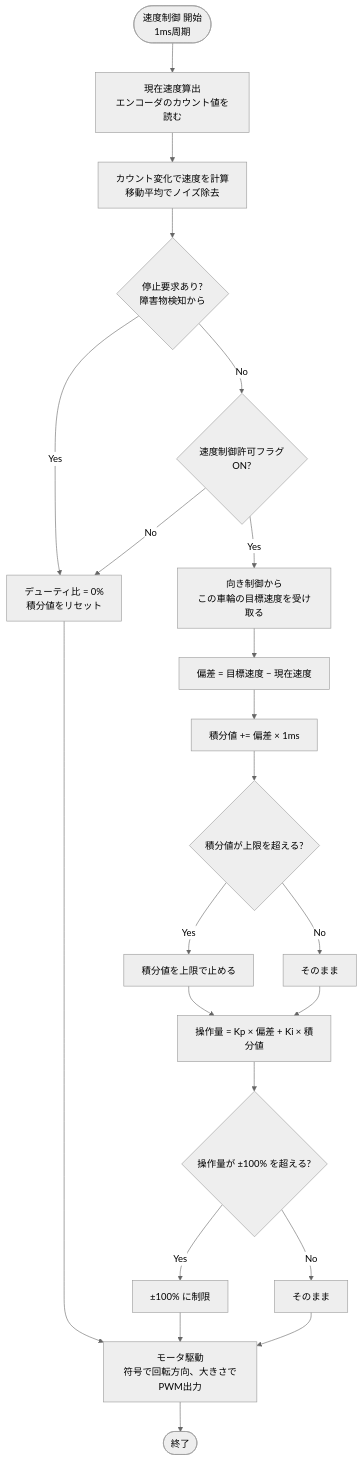
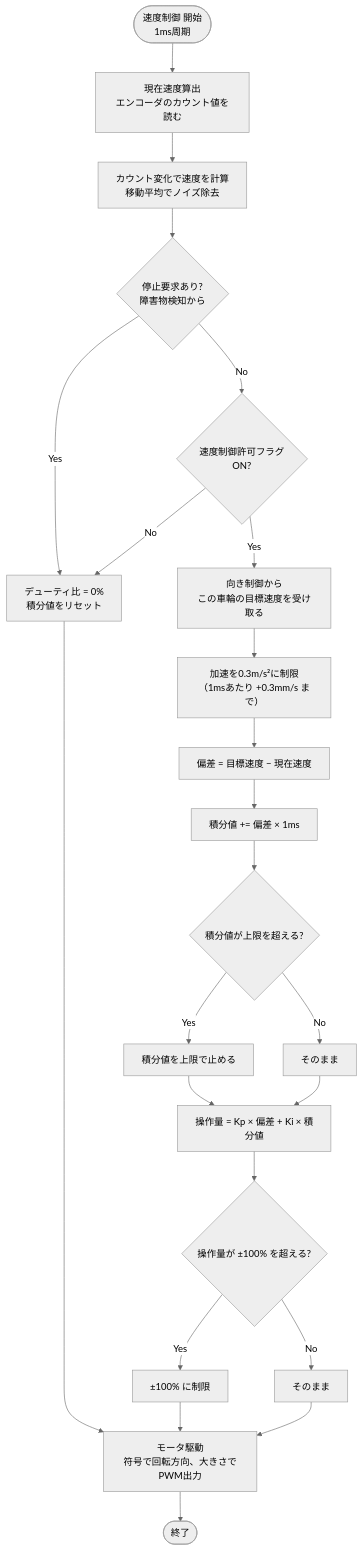
The diagram in docs/module/04_speed_control.md (ry0000taro/Ultrasonic-Tracking-Vehicle), drawn with Mermaid (neutral theme) before and after one commit. The commit also changed other lines of this file and 4 other files, not shown here.

````diff
--- a/docs/module/04_speed_control.md
+++ b/docs/module/04_speed_control.md
@@ -30,24 +36,25 @@
 ```mermaid
 flowchart TD
     A(["速度制御 開始<br>1ms周期"]) --> B["現在速度算出<br>エンコーダのカウント値を読む"]
     B --> C["カウント変化で速度を計算<br>移動平均でノイズ除去"]
     C --> D{"停止要求あり?<br>障害物検知から"}
     D -- "Yes" --> S["デューティ比 = 0%<br>積分値をリセット"]
     D -- "No" --> E{"速度制御許可フラグ<br>ON?"}
     E -- "No" --> S
     E -- "Yes" --> F["向き制御から<br>この車輪の目標速度を受け取る"]
-    F --> G["偏差 = 目標速度 − 現在速度"]
+    F --> F2["加速を0.3m/s²に制限<br>（1msあたり +0.3mm/s まで）"]
+    F2 --> G["偏差 = 目標速度 − 現在速度"]
     G --> H["積分値 += 偏差 × 1ms"]
     H --> I{"積分値が上限を超える?"}
     I -- "Yes" --> J["積分値を上限で止める"]
     I -- "No" --> K["そのまま"]
     J --> L["操作量 = Kp × 偏差 + Ki × 積分値"]
     K --> L
     L --> M{"操作量が ±100% を超える?"}
     M -- "Yes" --> N["±100% に制限"]
     M -- "No" --> O["そのまま"]
     N --> P["モータ駆動<br>符号で回転方向、大きさでPWM出力"]
     O --> P
     S --> P
     P --> Q(["終了"])
 ```
````
